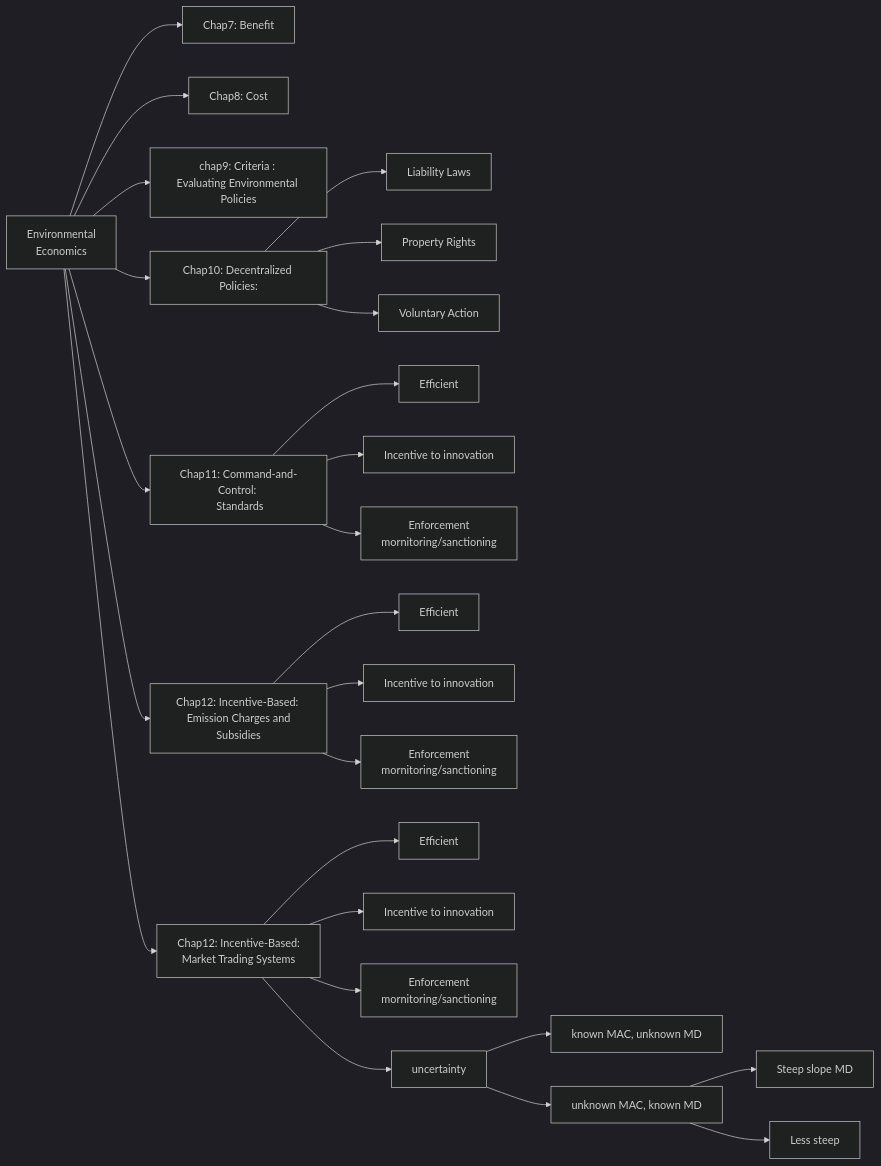
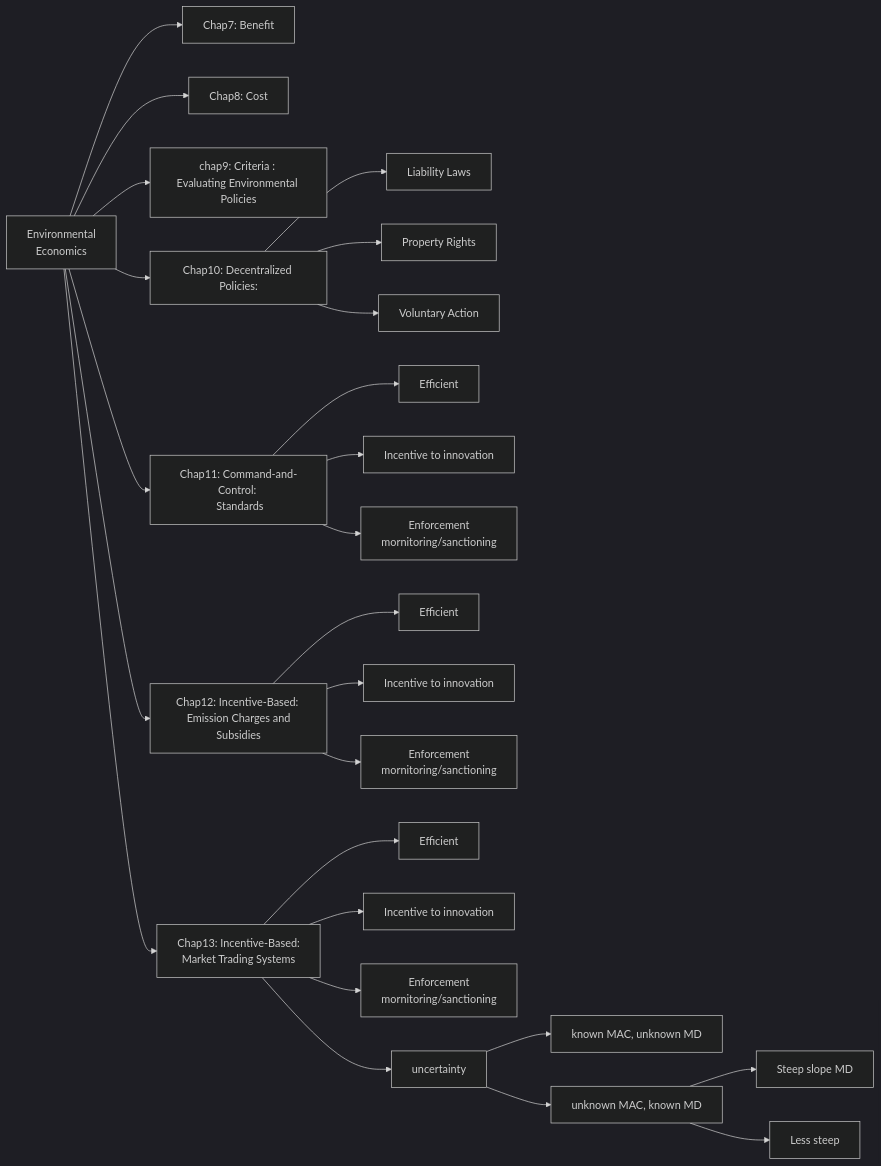
The diagram in _posts/2017-04-13-381-final-2017.md (snowdj/ECON), drawn with Mermaid (dark theme) before and after one commit.

```diff
--- a/_posts/2017-04-13-381-final-2017.md
+++ b/_posts/2017-04-13-381-final-2017.md
@@ -22,32 +22,32 @@
 <div class="mermaid">
 graph LR
       id0[Environmental <br> Economics]-->id1[Chap7: Benefit]
       id0[Environmental <br> Economics]-->id2[Chap8: Cost]
       id0[Environmental <br> Economics]-->id3[chap9: Criteria : <br>Evaluating Environmental Policies]
       id0[Environmental <br> Economics]-->id4[Chap10: Decentralized Policies:]
       id0[Environmental <br> Economics]-->id5[Chap11: Command-and-Control: <br> Standards]
       id0[Environmental <br> Economics]-->id6[Chap12: Incentive-Based: <br> Emission Charges and Subsidies]
-      id0[Environmental <br> Economics]-->id7[Chap12: Incentive-Based: <br> Market Trading Systems]
+      id0[Environmental <br> Economics]-->id7[Chap13: Incentive-Based: <br> Market Trading Systems]
       
       id4-->id9[Liability Laws]
      id4-->id10[Property Rights]
      id4-->id11[Voluntary Action]
      id5-->id12[Efficient]
      id5-->id13[Incentive to innovation]
      id5-->id14[Enforcement <br> mornitoring/sanctioning]
      id6-->id15[Efficient]
      id6-->id16[Incentive to innovation]
      id6-->id17[Enforcement<br> mornitoring/sanctioning]
      id7-->id18[Efficient]
      id7-->id19[Incentive to innovation]
      id7-->id20[Enforcement<br> mornitoring/sanctioning]
      id7-->id21[uncertainty]
      
      id21-->id22[known MAC, unknown MD]
      id21-->id23[unknown MAC, known MD]
      id23-->id24[Steep slope MD]
      id23-->id25[Less steep]
      
      
      
  </div>
```
